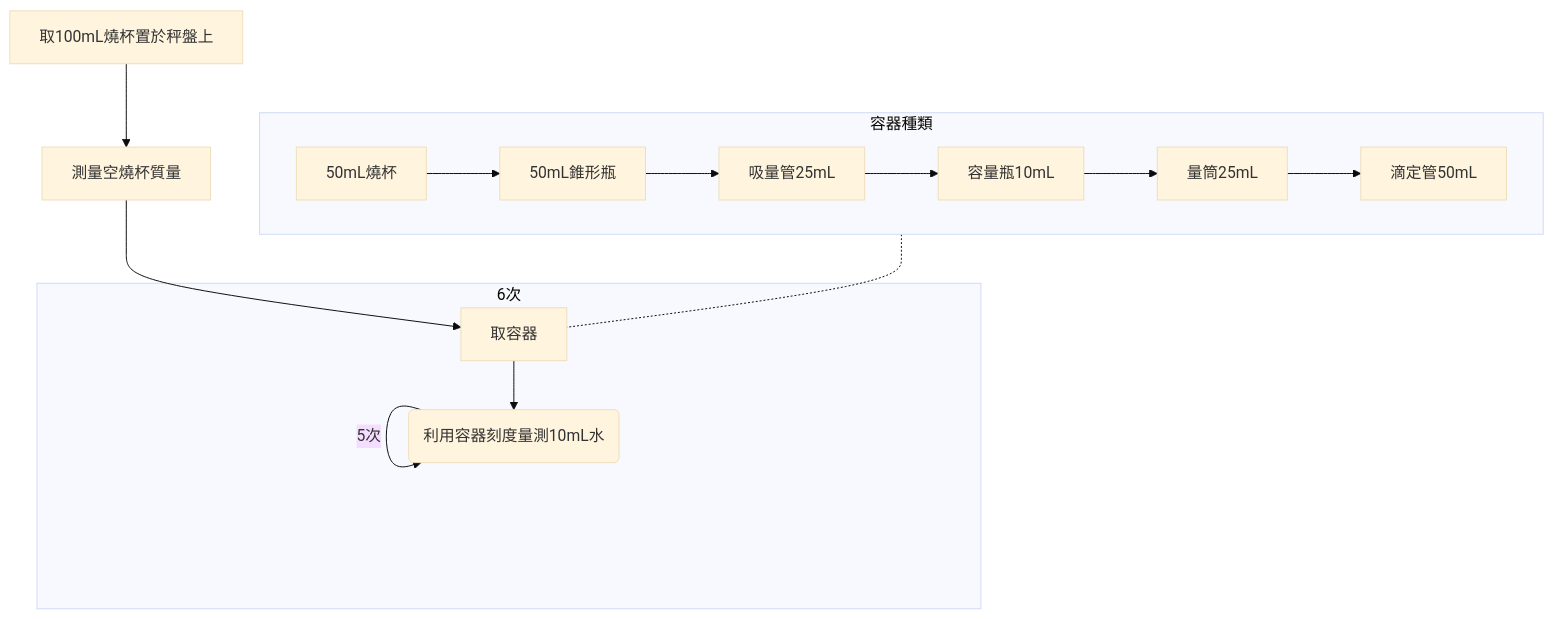
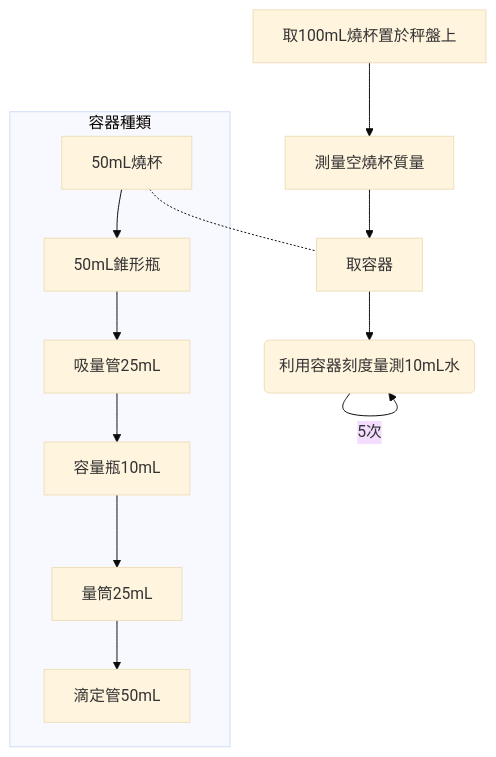
The diagram in Zettelkasten/Untitled.md (Ethane1755/Obsidian), drawn with Mermaid (base theme) before and after one commit. The commit also changed 1 other file, not shown here.

Commit message:
Obsidian Backup 2021-09-15 21:37

````diff
--- a/Zettelkasten/Untitled.md
+++ b/Zettelkasten/Untitled.md
@@ -2,12 +2,10 @@
 ```mermaid
 graph TD
 subgraph 容器種類
 50mL燒杯-->50mL錐形瓶-->吸量管25mL-->容量瓶10mL-->量筒25mL-->滴定管50mL
 end
 取100mL燒杯置於秤盤上-->測量空燒杯質量-->取容器
-subgraph 6次
 取容器-->id1(利用容器刻度量測10mL水)
 id1-->|5次|id1
-end
-容器種類-.-取容器
+50mL燒杯-.-取容器
 ```
````
